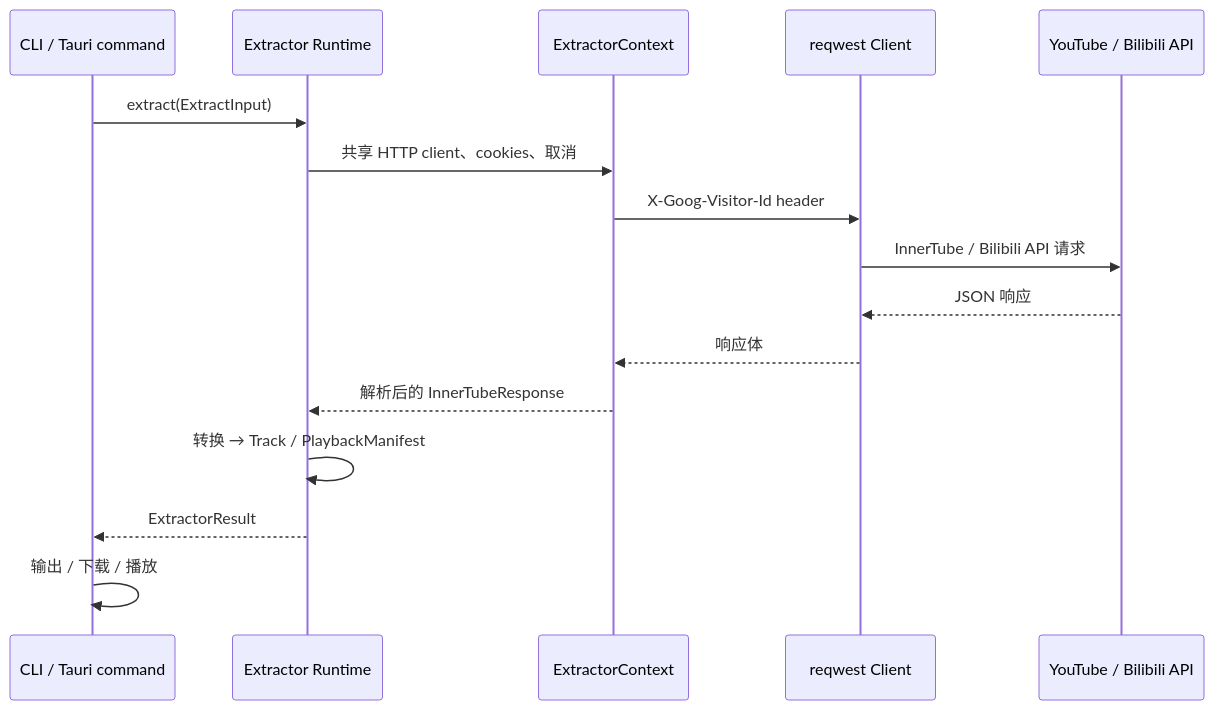
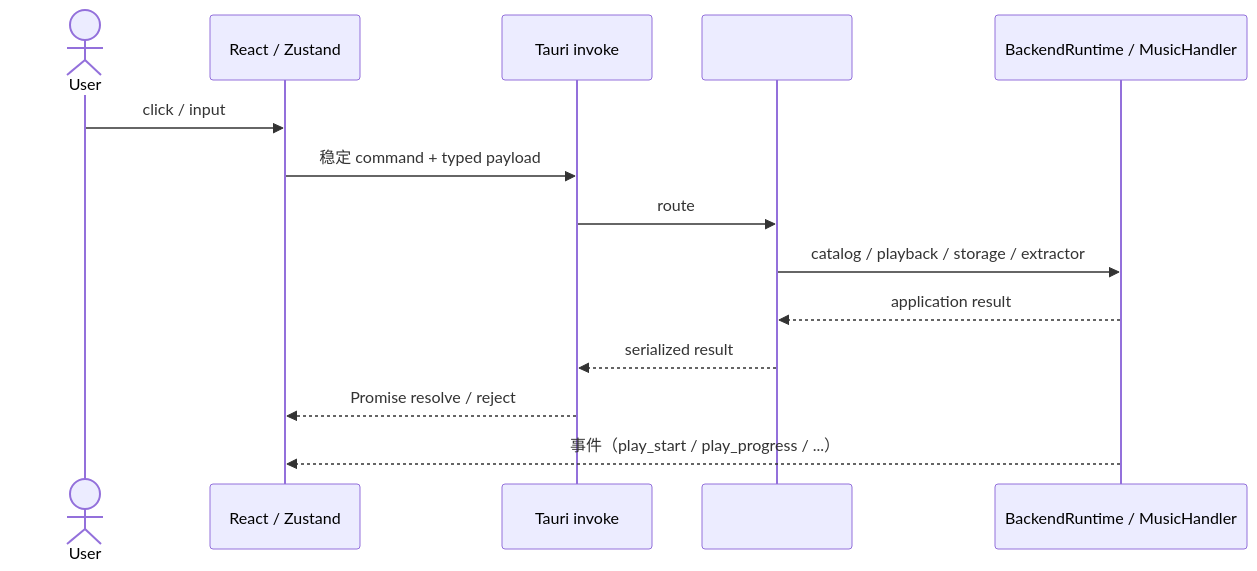
One commit to wbyuan030/music_demo changed the first of 2 diagrams in docs/architecture.md. Above: the diagram before and after it, drawn with Mermaid. The commit also changed other lines of this file and 124 other files, not shown here.

````diff
--- a/docs/architecture.md
+++ b/docs/architecture.md
@@ -169,19 +106,17 @@
 ```mermaid
 sequenceDiagram
-    participant CLI as CLI / Tauri command
-    participant EXT as Extractor Runtime
-    participant CTX as ExtractorContext
-    participant HTTP as reqwest Client
-    participant API as YouTube / Bilibili API
+    actor U as User
+    participant UI as React / Zustand
+    participant IPC as Tauri invoke
+    participant CMD as #[tauri::command]
+    participant RT as BackendRuntime / MusicHandler
 
-    CLI->>EXT: extract(ExtractInput)
-    EXT->>CTX: 共享 HTTP client、cookies、取消
-    CTX->>HTTP: X-Goog-Visitor-Id header
-    HTTP->>API: InnerTube / Bilibili API 请求
-    API-->>HTTP: JSON 响应
-    HTTP-->>CTX: 响应体
-    CTX-->>EXT: 解析后的 InnerTubeResponse
-    EXT->>EXT: 转换 → Track / PlaybackManifest
-    EXT-->>CLI: ExtractorResult
-    CLI->>CLI: 输出 / 下载 / 播放
+    U->>UI: click / input
+    UI->>IPC: 稳定 command + typed payload
+    IPC->>CMD: route
+    CMD->>RT: catalog / playback / storage / extractor
+    RT-->>CMD: application result
+    CMD-->>IPC: serialized result
+    IPC-->>UI: Promise resolve / reject
+    RT-->>UI: 事件（play_start / play_progress / ...）
 ```
````
